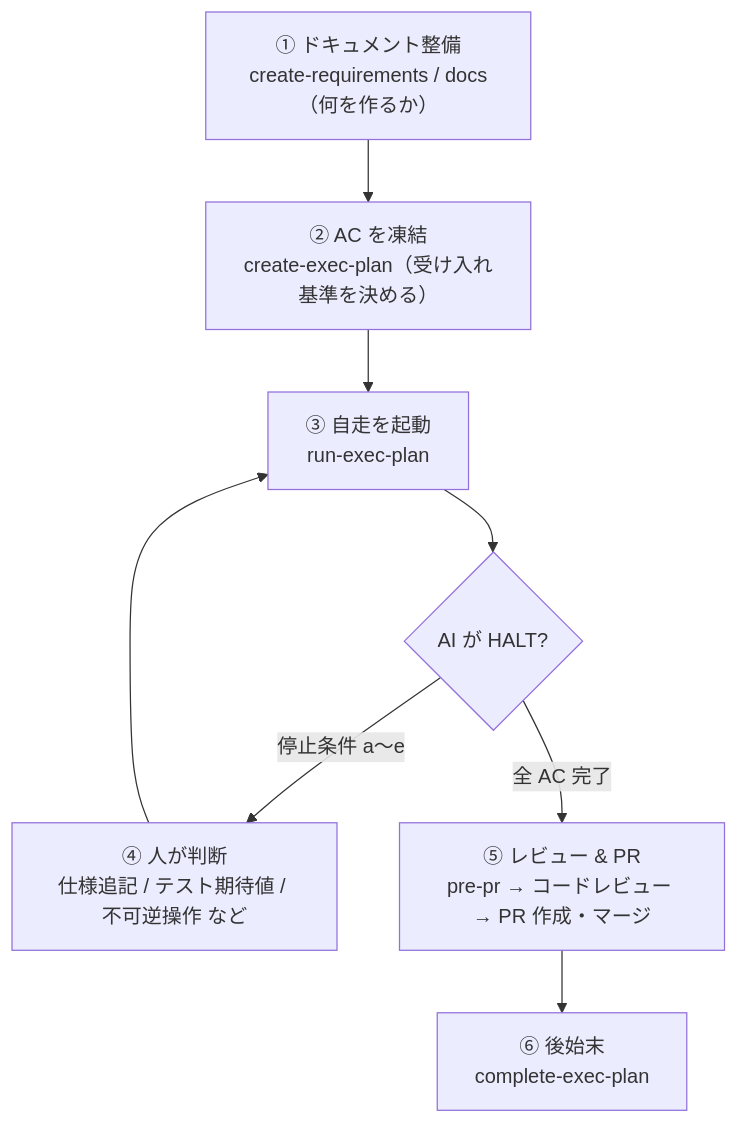
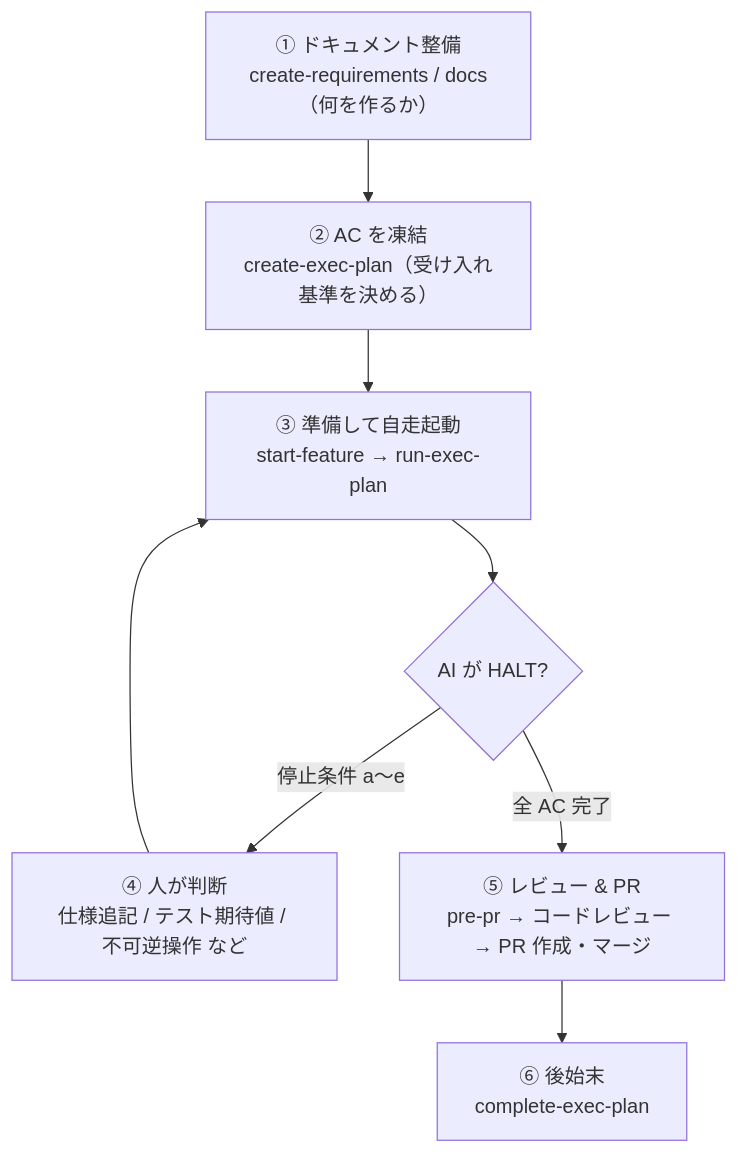
One commit to aki-senri/DocDDTemplate changed the diagram in ONBOARDING.ja.md. Above: the diagram before and after it, drawn with Mermaid. The commit also changed other lines of this file and 2 other files, not shown here.

First line of the commit message:
docs: Copilot レビュー指摘に対応（start-feature 分類・個数・誇張表現の修正）

````diff
--- a/ONBOARDING.ja.md
+++ b/ONBOARDING.ja.md
@@ -317,11 +319,11 @@
 ```mermaid
 flowchart TD
     A["① ドキュメント整備<br/>create-requirements / docs（何を作るか）"] --> B
     B["② AC を凍結<br/>create-exec-plan（受け入れ基準を決める）"] --> C
-    C["③ 自走を起動<br/>run-exec-plan"]
+    C["③ 準備して自走起動<br/>start-feature → run-exec-plan"]
     C --> D{AI が HALT?}
     D -->|停止条件 a〜e| E["④ 人が判断<br/>仕様追記 / テスト期待値 / 不可逆操作 など"]
     E --> C
     D -->|全 AC 完了| F["⑤ レビュー & PR<br/>pre-pr → コードレビュー → PR 作成・マージ"]
     F --> G["⑥ 後始末<br/>complete-exec-plan"]
 ```
````
